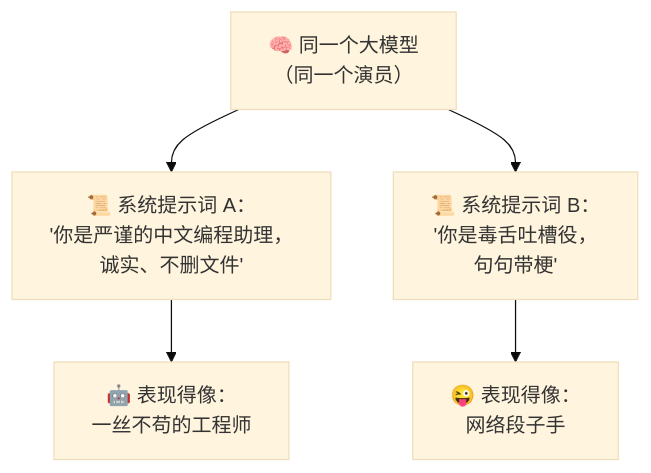
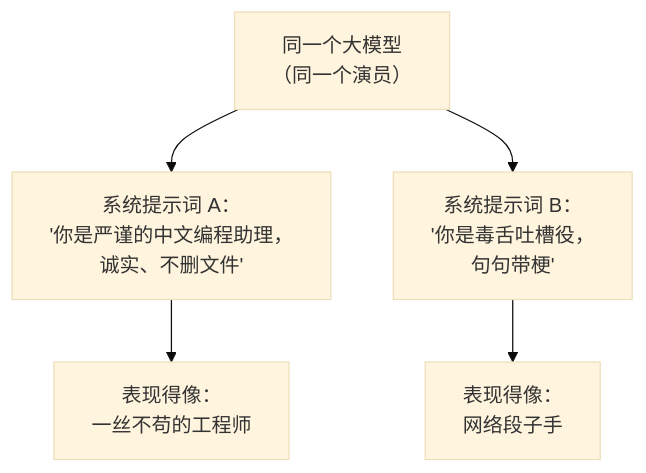
Before and after one commit to luckykhy/KhyAiHub: the second of 6 diagrams in docs/02_CONCEPTS_概念入门/CONCEPT/[CONCEPT-18] 什么是系统提示词-SystemPrompt.md, drawn with Mermaid (base theme). The commit also changed other lines of this file and 19 other files, not shown here.

````diff
--- a/docs/02_CONCEPTS_概念入门/CONCEPT/[CONCEPT-18] 什么是系统提示词-SystemPrompt.md
+++ b/docs/02_CONCEPTS_概念入门/CONCEPT/[CONCEPT-18] 什么是系统提示词-SystemPrompt.md
@@ -75,8 +75,8 @@
 ```mermaid
 flowchart TB
-  ACTOR["🧠 同一个大模型<br/>（同一个演员）"]
-  S1["📜 系统提示词 A：<br/>'你是严谨的中文编程助理，<br/>诚实、不删文件'"] --> R1["🤖 表现得像：<br/>一丝不苟的工程师"]
-  S2["📜 系统提示词 B：<br/>'你是毒舌吐槽役，<br/>句句带梗'"] --> R2["😜 表现得像：<br/>网络段子手"]
+  ACTOR["同一个大模型<br/>（同一个演员）"]
+  S1["系统提示词 A：<br/>'你是严谨的中文编程助理，<br/>诚实、不删文件'"] --> R1["表现得像：<br/>一丝不苟的工程师"]
+  S2["系统提示词 B：<br/>'你是毒舌吐槽役，<br/>句句带梗'"] --> R2["表现得像：<br/>网络段子手"]
   ACTOR --> S1
   ACTOR --> S2
 ```
````
